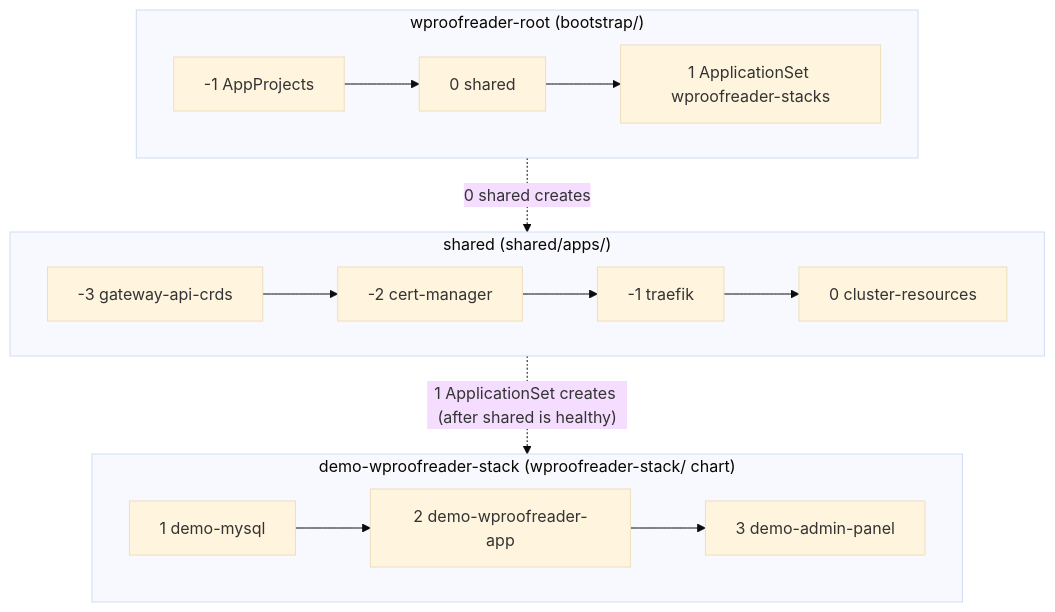
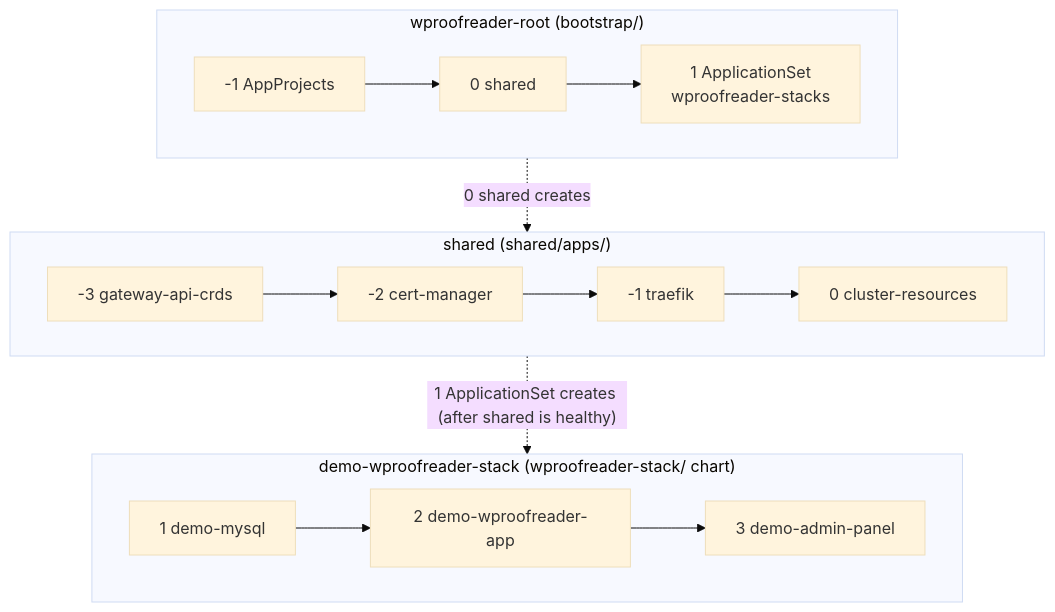
The diagram in argocd/README.md (WebSpellChecker/wproofreader-gitops), drawn with Mermaid (base theme) before and after one commit. The commit also changed other lines of this file and 2 other files, not shown here.

````diff
--- a/argocd/README.md
+++ b/argocd/README.md
@@ -96,17 +95,17 @@
 ```mermaid
 flowchart TB
   subgraph root["wproofreader-root (bootstrap/)"]
     direction LR
-    projects["-1 AppProjects"] --> shared["0 shared"] --> appset["1 ApplicationSet wproofreader-stacks"]
+    projects["-1 AppProjects"] --> shared["0 shared"] --> appset["1 ApplicationSet<br/>wproofreader-stacks"]
   end
   subgraph sharedapps["shared (shared/apps/)"]
     direction LR
     crds["-3 gateway-api-crds"] --> cm["-2 cert-manager"] --> traefik["-1 traefik"] --> issuer["0 cluster-resources"]
   end
   subgraph stack["demo-wproofreader-stack (wproofreader-stack/ chart)"]
     direction LR
     mysql["1 demo-mysql"] --> wpr["2 demo-wproofreader-app"] --> ap["3 demo-admin-panel"]
   end
   root -. "0 shared creates" .-> sharedapps
   sharedapps -. "1 ApplicationSet creates (after shared is healthy)" .-> stack
 ```
````
